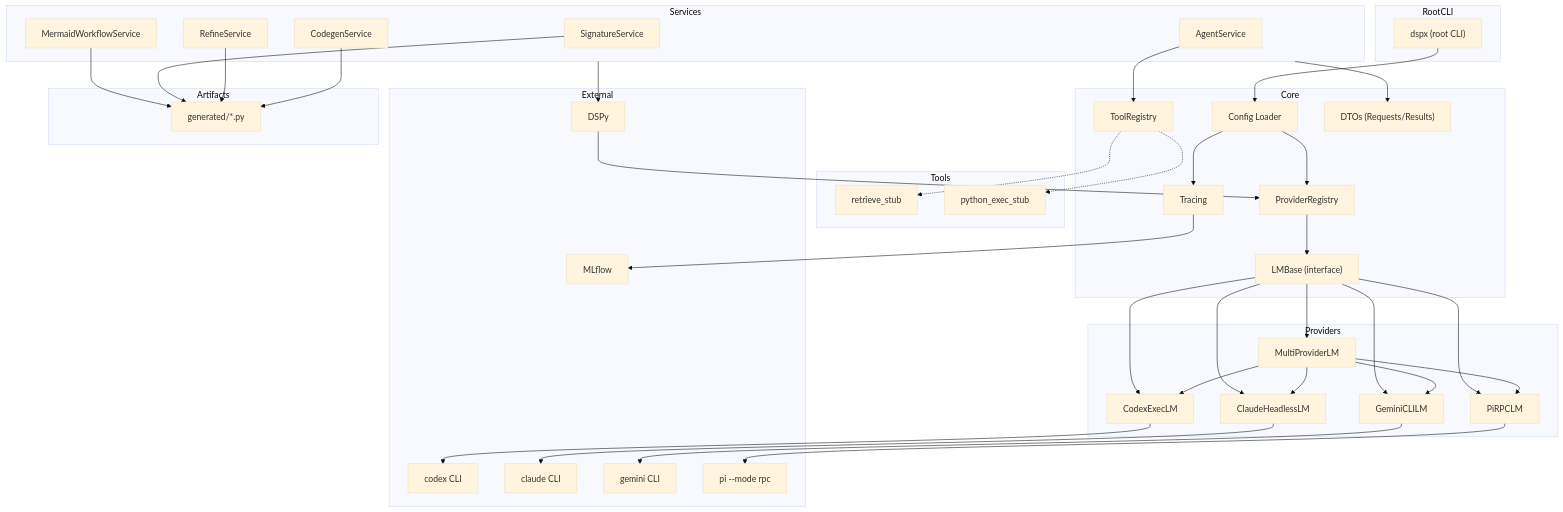
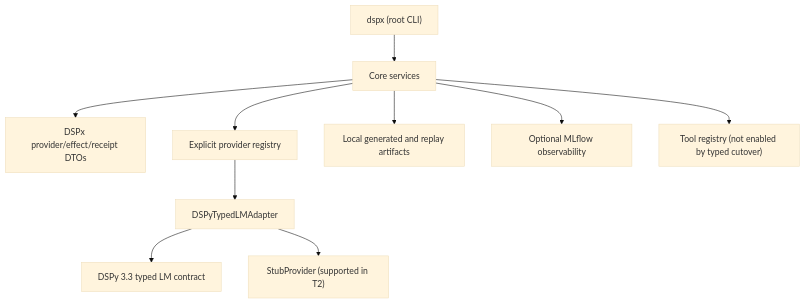
Before and after one commit to tryingET/dspx: the first of 6 diagrams in docs/ARCHITECTURE.md, drawn with Mermaid (base theme). The commit also changed other lines of this file and 166 other files, not shown here.

Commit message:
feat(provider): cut over to DSPy 3.3 typed runtime

````diff
--- a/docs/ARCHITECTURE.md
+++ b/docs/ARCHITECTURE.md
@@ -16,82 +16,12 @@
 ```mermaid
 graph TD
-  subgraph RootCLI
-    DSPX["dspx (root CLI)"]
-  end
-
-  subgraph Services
-    SigSvc["SignatureService"]
-    RefineSvc["RefineService"]
-    CodegenSvc["CodegenService"]
-    MermaidSvc["MermaidWorkflowService"]
-    AgentSvc["AgentService"]
-  end
-
-  subgraph Core
-    Config["Config Loader"]
-    Tracing["Tracing"]
-    ProviderReg["ProviderRegistry"]
-    ToolReg["ToolRegistry"]
-    LMBase["LMBase (interface)"]
-    DTOs["DTOs (Requests/Results)"]
-  end
-
-  subgraph Providers
-    Codex["CodexExecLM"]
-    Claude["ClaudeHeadlessLM"]
-    Gemini["GeminiCLILM"]
-    PiRPC["PiRPCLM"]
-    Multi["MultiProviderLM"]
-  end
-
-  subgraph Tools
-    ToolA["retrieve_stub"]
-    ToolB["python_exec_stub"]
-  end
-
-  subgraph External
-    CodexCLI["codex CLI"]
-    ClaudeCLI["claude CLI"]
-    GeminiCLI["gemini CLI"]
-    PiCLI["pi --mode rpc"]
-    DSPy["DSPy"]
-    MLflow["MLflow"]
-  end
-
-  subgraph Artifacts
-    Gen["generated/*.py"]
-  end
-
-  DSPX --> Config
-  Config --> Tracing
-  Config --> ProviderReg
-  Services --> DTOs
-  Services --> DSPy
-  AgentSvc --> ToolReg
-  MermaidSvc --> Gen
-  SigSvc --> Gen
-  RefineSvc --> Gen
-  CodegenSvc --> Gen
-
-  DSPy --> ProviderReg
-  ProviderReg --> LMBase
-  LMBase --> Codex
-  LMBase --> Claude
-  LMBase --> Gemini
-  LMBase --> PiRPC
-  LMBase --> Multi
-  Multi --> Codex
-  Multi --> Claude
-  Multi --> Gemini
-  Multi --> PiRPC
-
-  ToolReg -.-> ToolA
-  ToolReg -.-> ToolB
-
-  Codex --> CodexCLI
-  Claude --> ClaudeCLI
-  Gemini --> GeminiCLI
-  PiRPC --> PiCLI
-
-  Tracing --> MLflow
+  DSPX["dspx (root CLI)"] --> Services["Core services"]
+  Services --> DTOs["DSPx provider/effect/receipt DTOs"]
+  Services --> Registry["Explicit provider registry"]
+  Registry --> Adapter["DSPyTypedLMAdapter"]
+  Adapter --> DSPy["DSPy 3.3 typed LM contract"]
+  Adapter --> Stub["StubProvider (supported in T2)"]
+  Services --> Artifacts["Local generated and replay artifacts"]
+  Services --> Tracing["Optional MLflow observability"]
+  Services --> ToolRegistry["Tool registry (not enabled by typed cutover)"]
 ```
````
